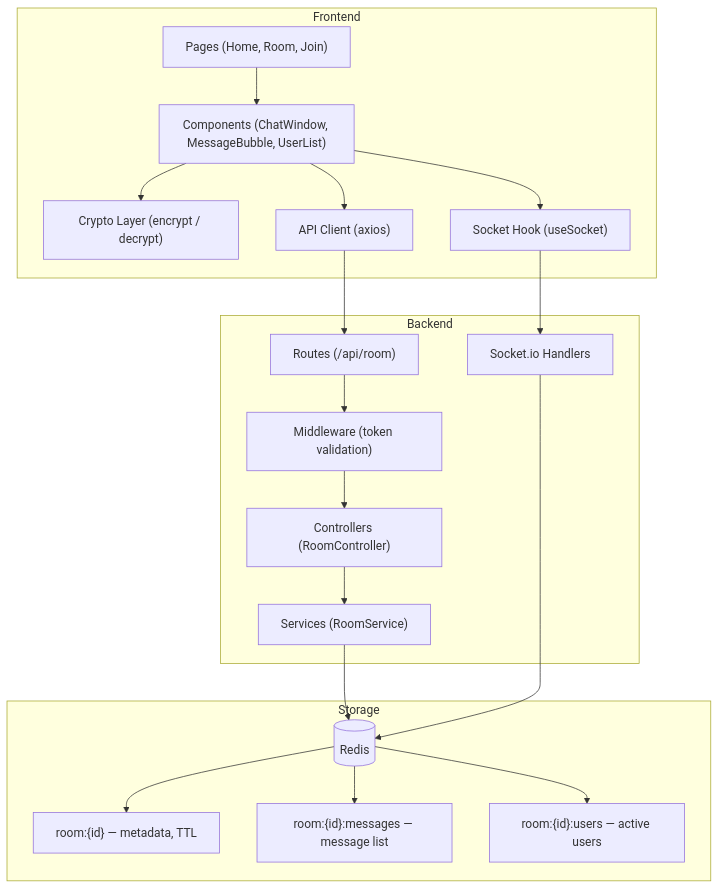
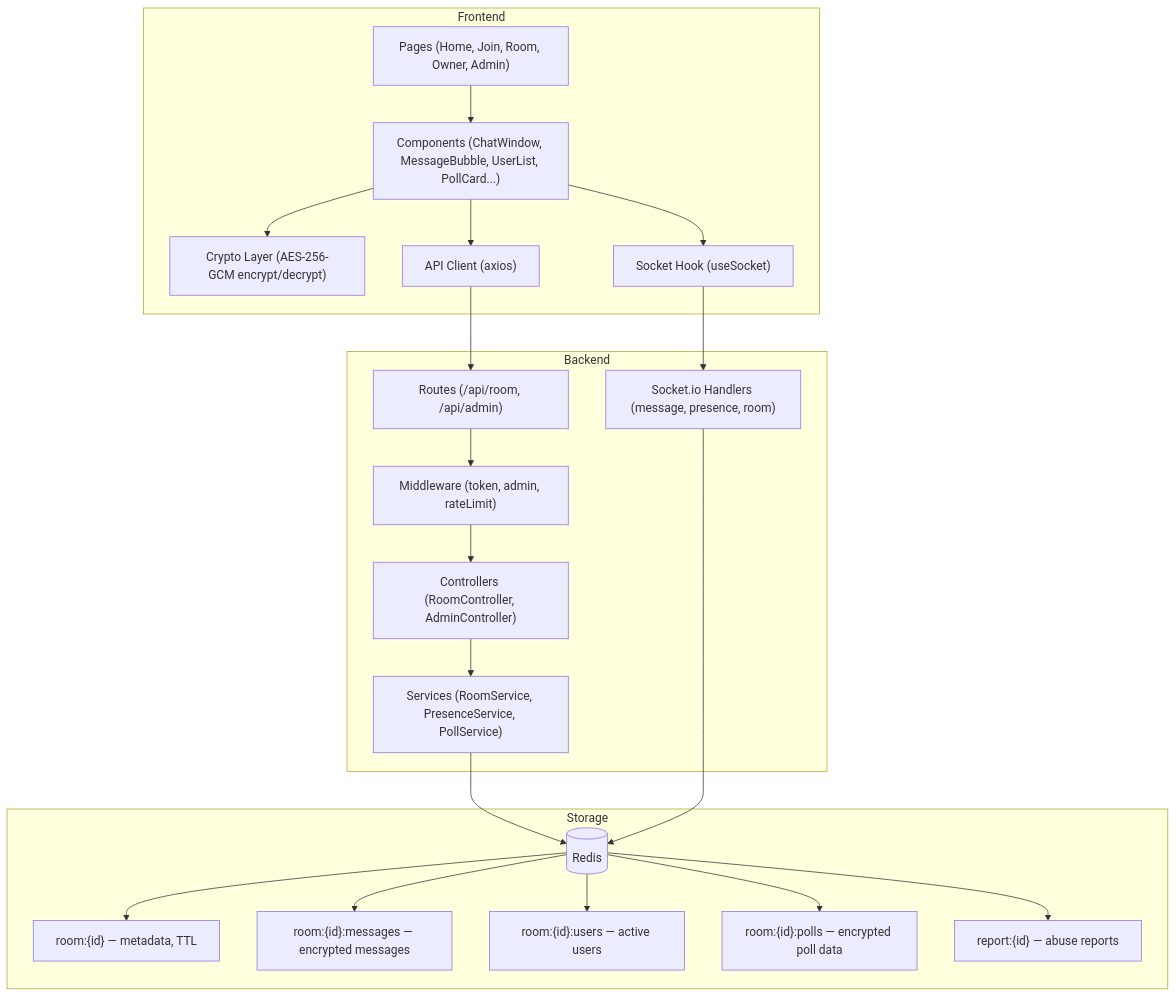
One commit to snsyaqirah/KacipLuhh changed the third of 13 diagrams in README.md. Above: the diagram before and after it, drawn with Mermaid. The commit also changed other lines of this file, not shown here.

````diff
--- a/README.md
+++ b/README.md
@@ -117,34 +150,38 @@
 ```mermaid
 graph TD
     subgraph Frontend
-        P["Pages (Home, Room, Join)"]
-        CM["Components (ChatWindow, MessageBubble, UserList)"]
-        CL["Crypto Layer (encrypt / decrypt)"]
+        P["Pages (Home, Join, Room, Owner, Admin)"]
+        CM["Components (ChatWindow, MessageBubble, UserList, PollCard...)"]
+        CL["Crypto Layer (AES-256-GCM encrypt/decrypt)"]
         SH["Socket Hook (useSocket)"]
         AP["API Client (axios)"]
     end
     subgraph Backend
-        RT["Routes (/api/room)"]
-        MW["Middleware (token validation)"]
-        CT["Controllers (RoomController)"]
-        SV["Services (RoomService)"]
-        SO["Socket.io Handlers"]
+        RT["Routes (/api/room, /api/admin)"]
+        MW["Middleware (token, admin, rateLimit)"]
+        CT["Controllers (RoomController, AdminController)"]
+        SV["Services (RoomService, PresenceService, PollService)"]
+        SO["Socket.io Handlers (message, presence, room)"]
     end
     subgraph Storage
         RD[("Redis")]
         RM["room:{id} — metadata, TTL"]
-        MS["room:{id}:messages — message list"]
+        MS["room:{id}:messages — encrypted messages"]
         US["room:{id}:users — active users"]
+        PL["room:{id}:polls — encrypted poll data"]
+        RP["report:{id} — abuse reports"]
     end
 
     P --> CM
     CM --> CL
     CM --> SH
     CM --> AP
     AP --> RT
     RT --> MW --> CT --> SV --> RD
     SH --> SO --> RD
     RD --> RM
     RD --> MS
     RD --> US
+    RD --> PL
+    RD --> RP
 ```
````
